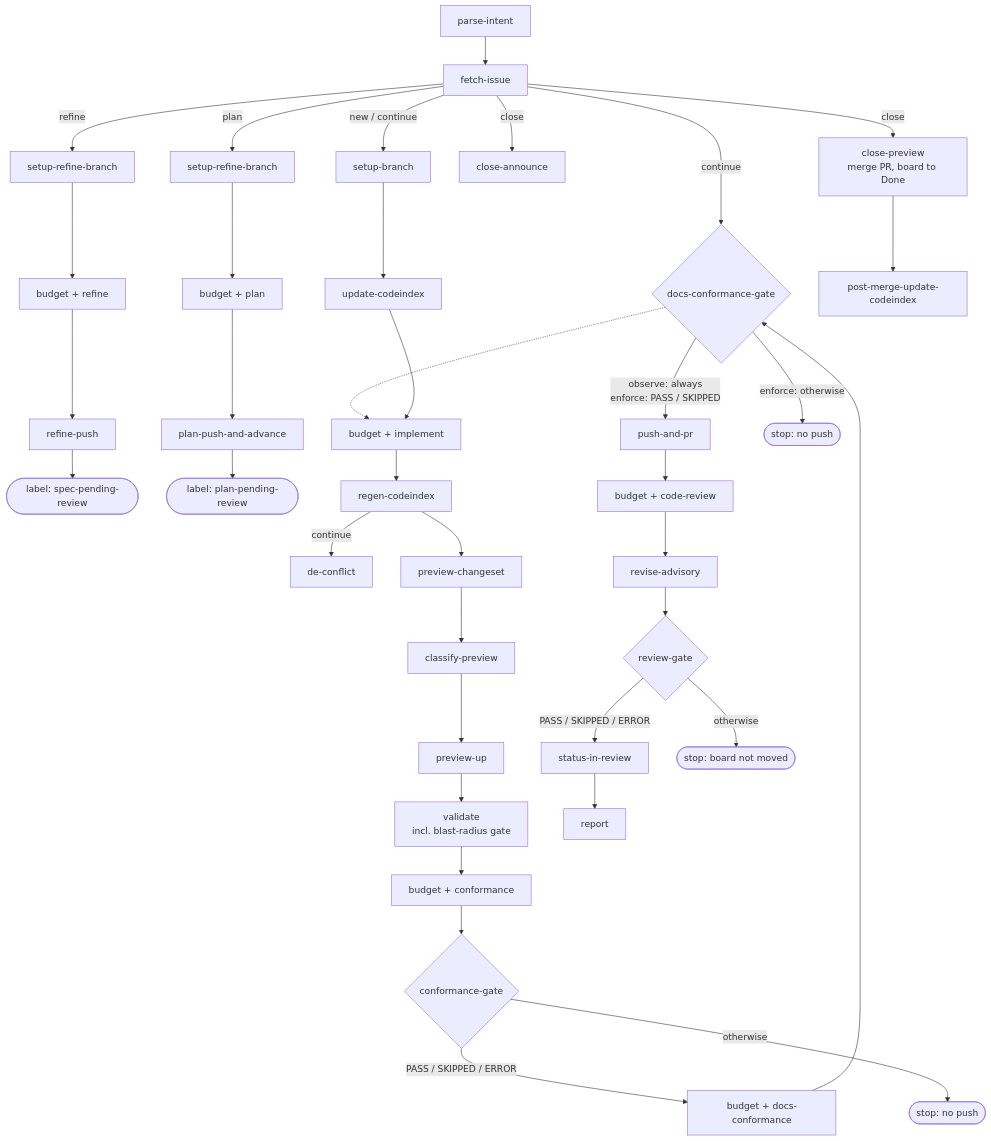
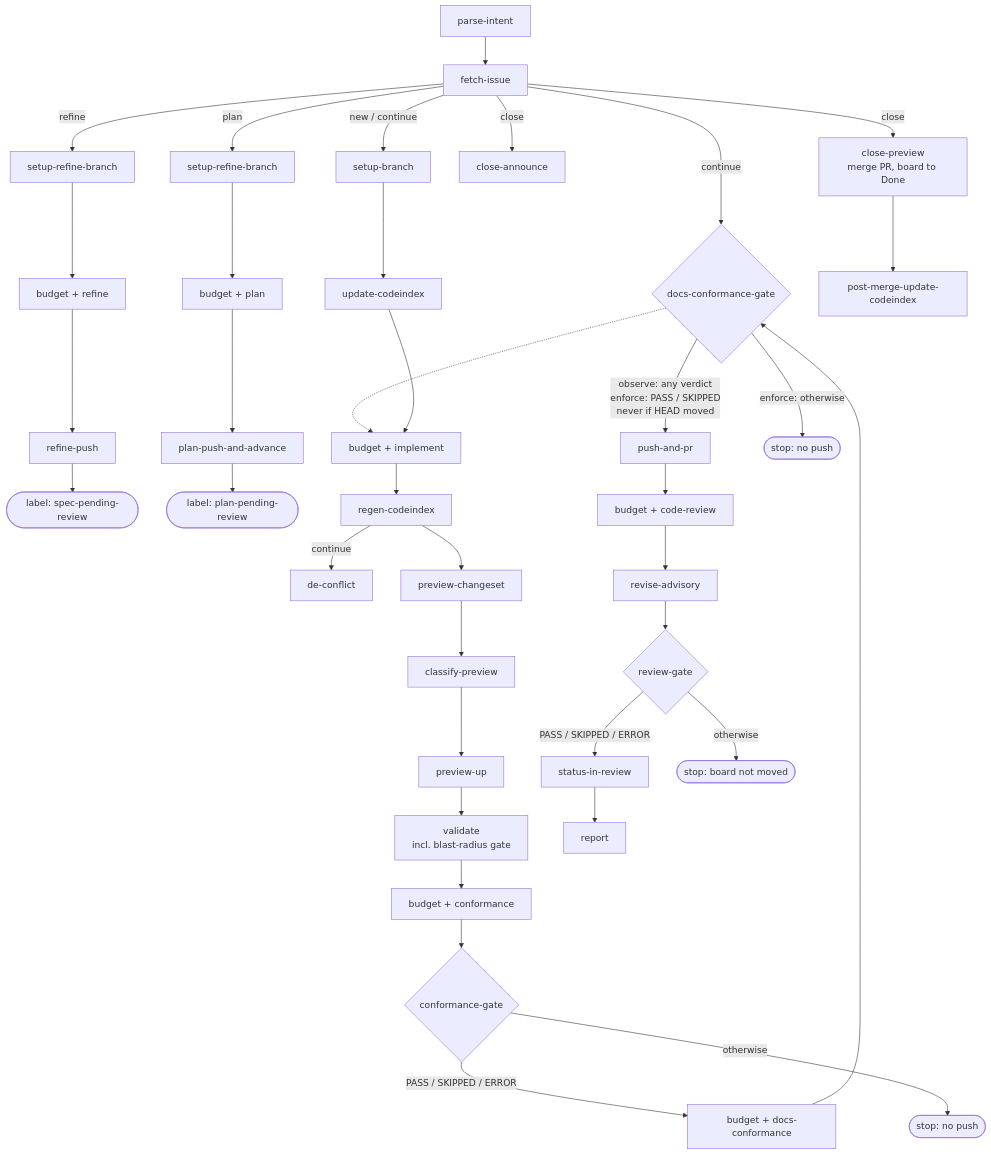
Before and after one commit to omniscient/dark-factory: the diagram in docs/run-lifecycle.md, drawn with Mermaid. The commit also changed other lines of this file and 8 other files, not shown here.

````diff
--- a/docs/run-lifecycle.md
+++ b/docs/run-lifecycle.md
@@ -235,32 +235,32 @@
 ```mermaid
 flowchart TD
     PI[parse-intent] --> FI[fetch-issue]
 
     FI -->|refine| RB[setup-refine-branch]
     RB --> RF["budget + refine"] --> RP[refine-push]
     RP --> SPR(["label: spec-pending-review"])
 
     FI -->|plan| PB[setup-refine-branch]
     PB --> PL["budget + plan"] --> PP[plan-push-and-advance]
     PP --> PPR(["label: plan-pending-review"])
 
     FI -->|continue| DG["digest-comments<br/>summarize-feedback<br/>acknowledge-continue"]
     FI -->|"new / continue"| SB[setup-branch]
     DG -.-> IM
     SB --> UC[update-codeindex] --> IM["budget + implement"]
     IM --> RC[regen-codeindex]
     RC -->|continue| DC[de-conflict]
     RC --> PC[preview-changeset] --> CP[classify-preview] --> PU[preview-up]
     PU --> VA["validate<br/>incl. blast-radius gate"]
     VA --> CF["budget + conformance"] --> CG{conformance-gate}
     CG -->|"PASS / SKIPPED / ERROR"| DF["budget + docs-conformance"] --> DG{docs-conformance-gate}
     CG -->|otherwise| STOP1(["stop: no push"])
-    DG -->|"observe: always<br/>enforce: PASS / SKIPPED"| PR[push-and-pr]
+    DG -->|"observe: any verdict<br/>enforce: PASS / SKIPPED<br/>never if HEAD moved"| PR[push-and-pr]
     DG -->|"enforce: otherwise"| STOP3(["stop: no push"])
     PR --> CR["budget + code-review"] --> RA[revise-advisory] --> RG{review-gate}
     RG -->|"PASS / SKIPPED / ERROR"| SR[status-in-review] --> RE[report]
     RG -->|otherwise| STOP2(["stop: board not moved"])
 
     FI -->|close| CA[close-announce]
     FI -->|close| CL["close-preview<br/>merge PR, board to Done"] --> PM[post-merge-update-codeindex]
 ```
````
